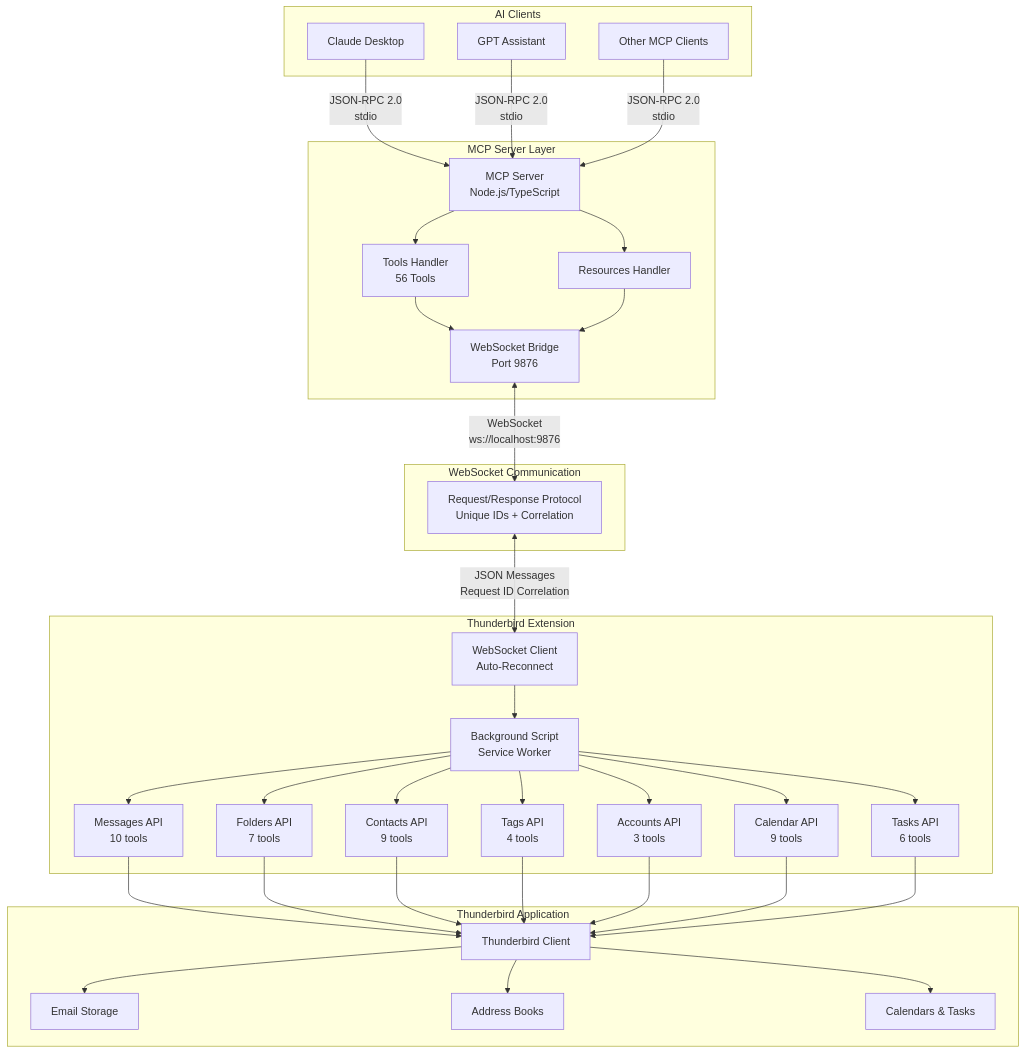
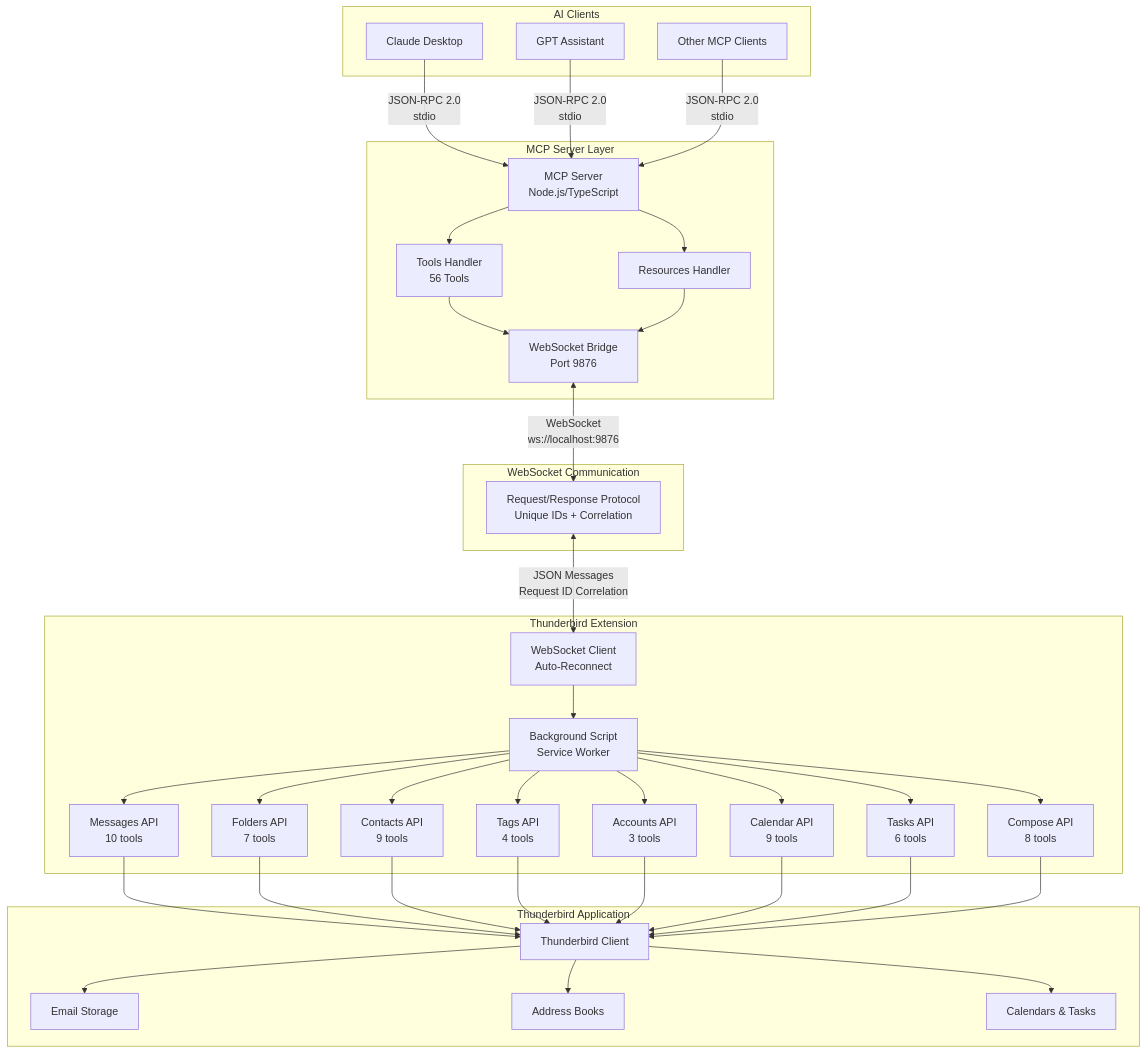
One commit to assistance-micro-design/zileo-mcp-thunderbird changed the first of 5 diagrams in docs/architecture/overview.md. Above: the diagram before and after it, drawn with Mermaid. The commit also changed other lines of this file and 7 other files, not shown here.

````diff
--- a/docs/architecture/overview.md
+++ b/docs/architecture/overview.md
@@ -9,71 +9,74 @@
 ```mermaid
 graph TB
     subgraph "AI Clients"
         Claude[Claude Desktop]
         GPT[GPT Assistant]
         Other[Other MCP Clients]
     end
 
     subgraph "MCP Server Layer"
         MCP[MCP Server<br/>Node.js/TypeScript]
         Tools[Tools Handler<br/>56 Tools]
         Resources[Resources Handler]
         WSBridge[WebSocket Bridge<br/>Port 9876]
     end
 
     subgraph "WebSocket Communication"
         Protocol[Request/Response Protocol<br/>Unique IDs + Correlation]
     end
 
     subgraph "Thunderbird Extension"
         Background[Background Script<br/>Service Worker]
         WSClient[WebSocket Client<br/>Auto-Reconnect]
         MessagesAPI[Messages API<br/>10 tools]
         FoldersAPI[Folders API<br/>7 tools]
         ContactsAPI[Contacts API<br/>9 tools]
         TagsAPI[Tags API<br/>4 tools]
         AccountsAPI[Accounts API<br/>3 tools]
         CalendarAPI[Calendar API<br/>9 tools]
         TasksAPI[Tasks API<br/>6 tools]
+        ComposeAPI[Compose API<br/>8 tools]
     end
 
     subgraph "Thunderbird Application"
         TB[Thunderbird Client]
         Mail[Email Storage]
         Contacts[Address Books]
         Calendar[Calendars & Tasks]
     end
 
     Claude -->|JSON-RPC 2.0<br/>stdio| MCP
     GPT -->|JSON-RPC 2.0<br/>stdio| MCP
     Other -->|JSON-RPC 2.0<br/>stdio| MCP
 
     MCP --> Tools
     MCP --> Resources
     Tools --> WSBridge
     Resources --> WSBridge
 
     WSBridge <-->|WebSocket<br/>ws://localhost:9876| Protocol
     Protocol <-->|JSON Messages<br/>Request ID Correlation| WSClient
 
     WSClient --> Background
     Background --> MessagesAPI
     Background --> FoldersAPI
     Background --> ContactsAPI
     Background --> TagsAPI
     Background --> AccountsAPI
     Background --> CalendarAPI
     Background --> TasksAPI
+    Background --> ComposeAPI
 
     MessagesAPI --> TB
     FoldersAPI --> TB
     ContactsAPI --> TB
     TagsAPI --> TB
     AccountsAPI --> TB
     CalendarAPI --> TB
     TasksAPI --> TB
+    ComposeAPI --> TB
 
     TB --> Mail
     TB --> Contacts
     TB --> Calendar
 ```
````
